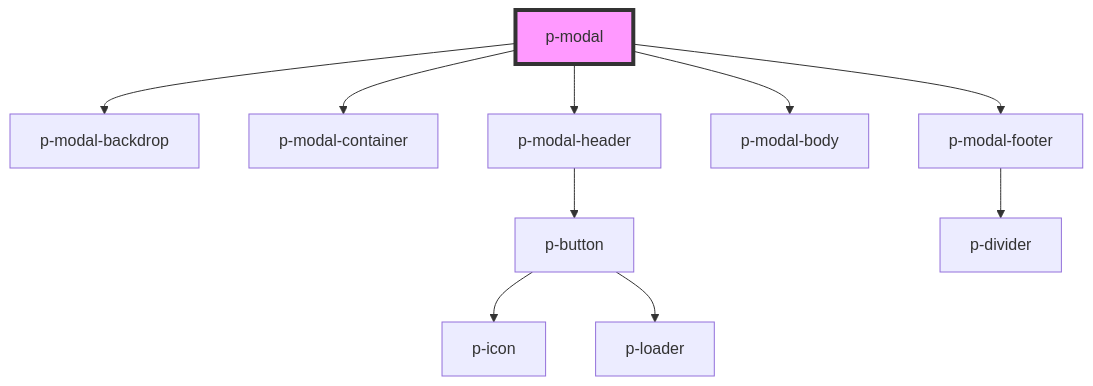
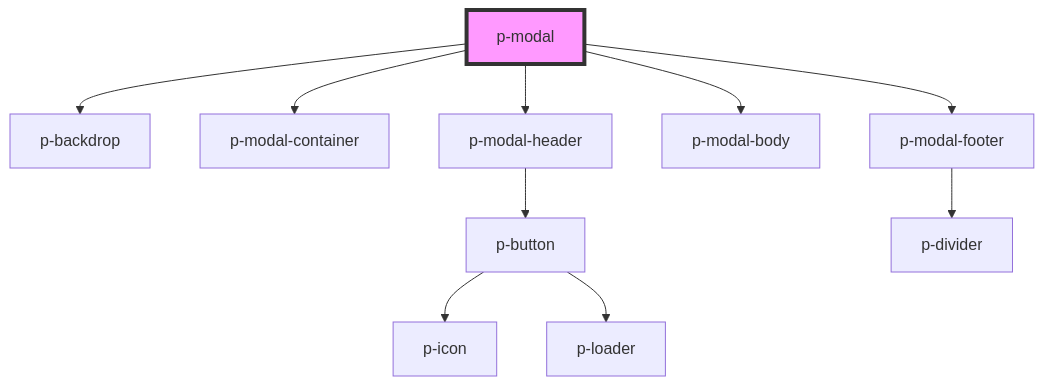
The diagram in packages/core/src/components/organisms/modal/readme.md (Employes/paperless), drawn with Mermaid before and after one commit. The commit also changed other lines of this file and 14 other files, not shown here.

Commit message:
feat(Atoms): Move modal-backdrop to general use backdrop

````diff
--- a/packages/core/src/components/organisms/modal/readme.md
+++ b/packages/core/src/components/organisms/modal/readme.md
@@ -45,13 +45,13 @@
 ```mermaid
 graph TD;
-  p-modal --> p-modal-backdrop
+  p-modal --> p-backdrop
   p-modal --> p-modal-container
   p-modal --> p-modal-header
   p-modal --> p-modal-body
   p-modal --> p-modal-footer
   p-modal-header --> p-button
   p-button --> p-icon
   p-button --> p-loader
   p-modal-footer --> p-divider
   style p-modal fill:#f9f,stroke:#333,stroke-width:4px
 ```
````
